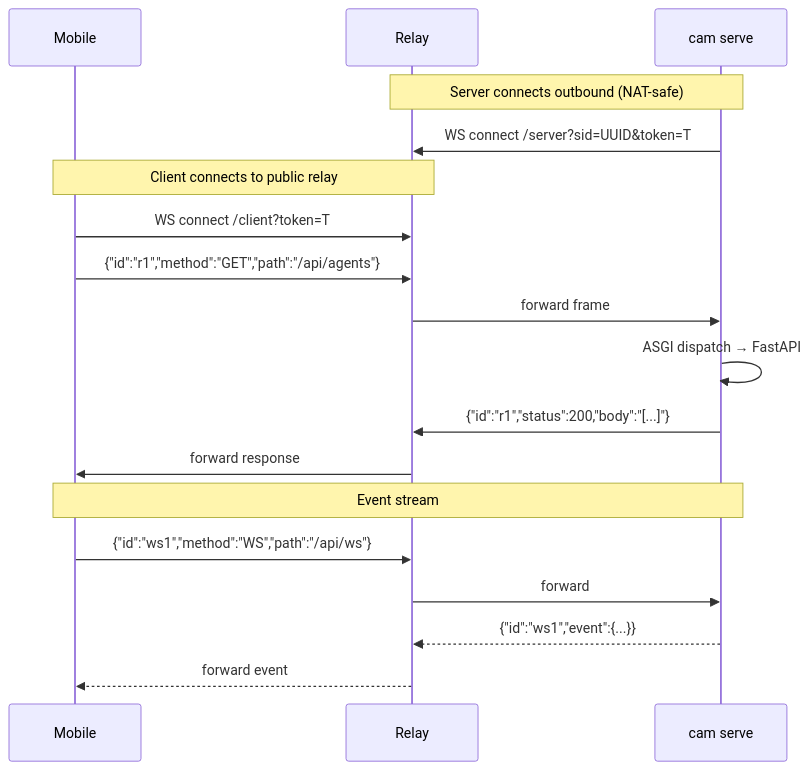
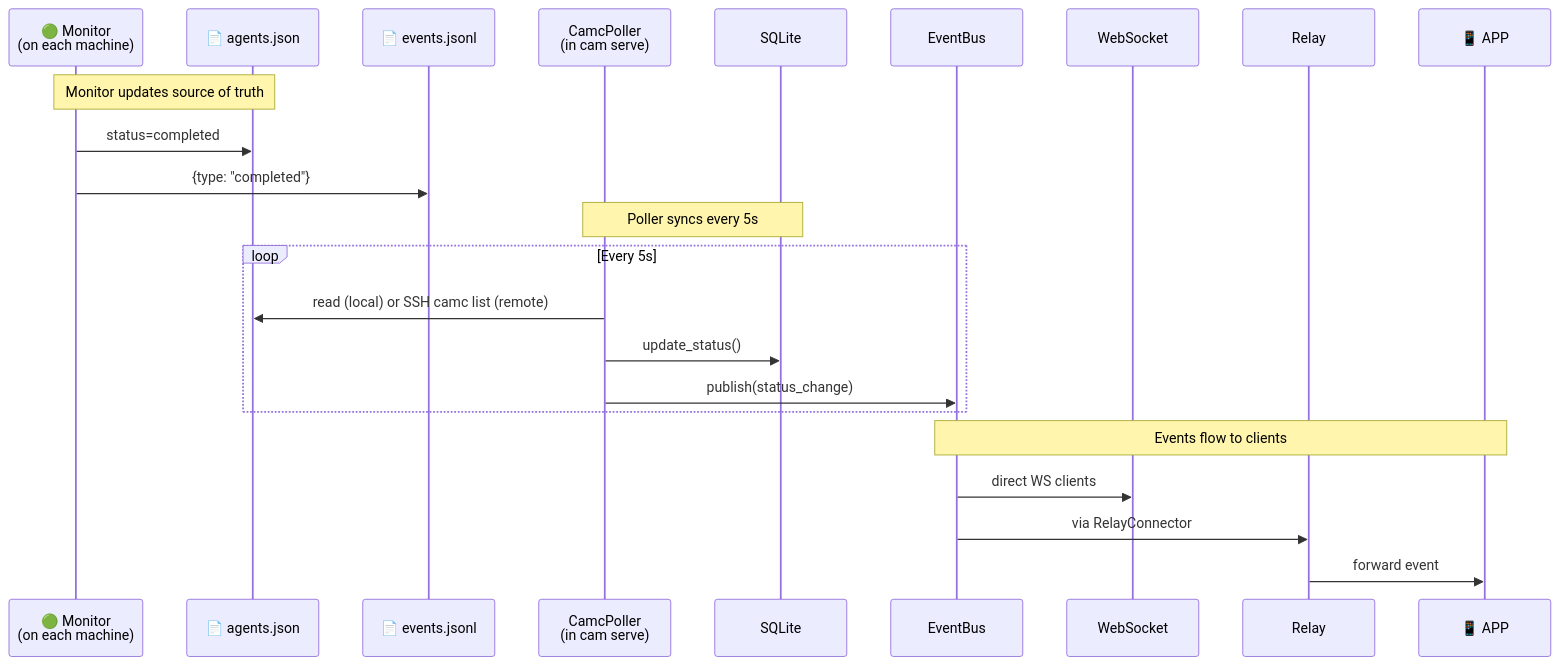
Before and after one commit to orlunix/cam: the seventh of 9 diagrams in docs/architecture-mermaid.md, drawn with Mermaid. The commit also changed other lines of this file, not shown here.

First line of the commit message:
Rewrite Mermaid diagrams: deployment topology with multiple camc instances

````diff
--- a/docs/architecture-mermaid.md
+++ b/docs/architecture-mermaid.md
@@ -264,24 +430,28 @@
 ```mermaid
 sequenceDiagram
-    participant M as Mobile
-    participant R as Relay
-    participant S as cam serve
+    participant Mon as 🟢 Monitor<br/>(on each machine)
+    participant JSON as 📄 agents.json
+    participant JSONL as 📄 events.jsonl
+    participant Poll as CamcPoller<br/>(in cam serve)
+    participant SQL as SQLite
+    participant Bus as EventBus
+    participant WS as WebSocket
+    participant Relay as Relay
+    participant App as 📱 APP
 
-    Note over S,R: Server connects outbound (NAT-safe)
-    S->>R: WS connect /server?sid=UUID&token=T
+    Note over Mon,JSON: Monitor updates source of truth
+    Mon->>JSON: status=completed
+    Mon->>JSONL: {type: "completed"}
 
-    Note over M,R: Client connects to public relay
-    M->>R: WS connect /client?token=T
+    Note over Poll,SQL: Poller syncs every 5s
+    loop Every 5s
+        Poll->>JSON: read (local) or SSH camc list (remote)
+        Poll->>SQL: update_status()
+        Poll->>Bus: publish(status_change)
+    end
 
-    M->>R: {"id":"r1","method":"GET","path":"/api/agents"}
-    R->>S: forward frame
-    S->>S: ASGI dispatch → FastAPI
-    S->>R: {"id":"r1","status":200,"body":"[...]"}
-    R->>M: forward response
-
-    Note over M,S: Event stream
-    M->>R: {"id":"ws1","method":"WS","path":"/api/ws"}
-    R->>S: forward
-    S-->>R: {"id":"ws1","event":{...}}
-    R-->>M: forward event
+    Note over Bus,App: Events flow to clients
+    Bus->>WS: direct WS clients
+    Bus->>Relay: via RelayConnector
+    Relay->>App: forward event
 ```
````
